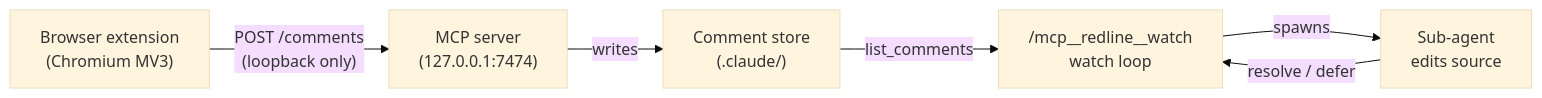
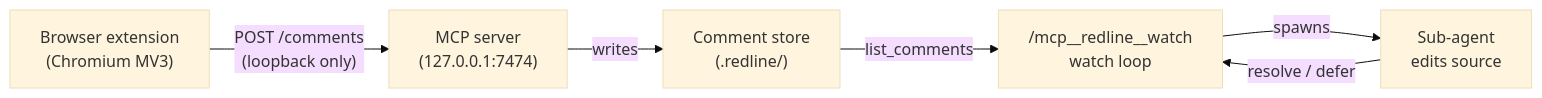
Before and after one commit to pallandir/claude-comments: the diagram in README.md, drawn with Mermaid (base theme). The commit also changed other lines of this file and 16 other files, not shown here.

````diff
--- a/README.md
+++ b/README.md
@@ -66,14 +68,14 @@
 ```mermaid
 flowchart LR
     A["Browser extension\n(Chromium MV3)"]
     B["MCP server\n(127.0.0.1:7474)"]
-    C["Comment store\n(.claude/)"]
+    C["Comment store\n(.redline/)"]
     D["/mcp__redline__watch\nwatch loop"]
     E["Sub-agent\nedits source"]
 
     A -- "POST /comments\n(loopback only)" --> B
     B -- "writes" --> C
     C -- "list_comments" --> D
     D -- "spawns" --> E
     E -- "resolve / defer" --> D
 ```
````
